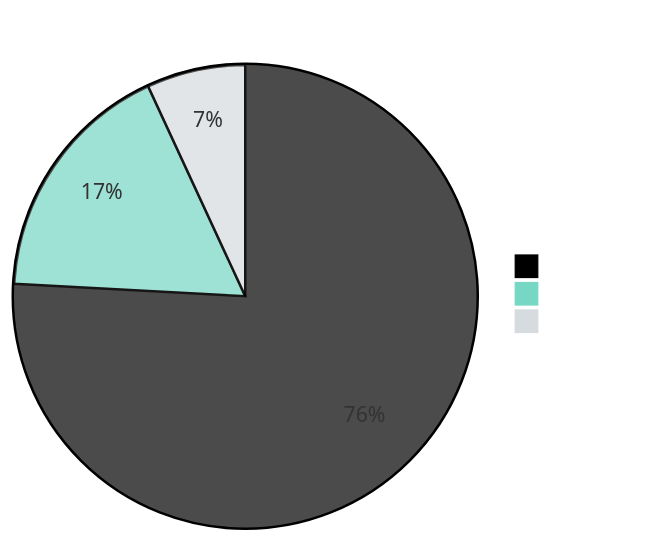
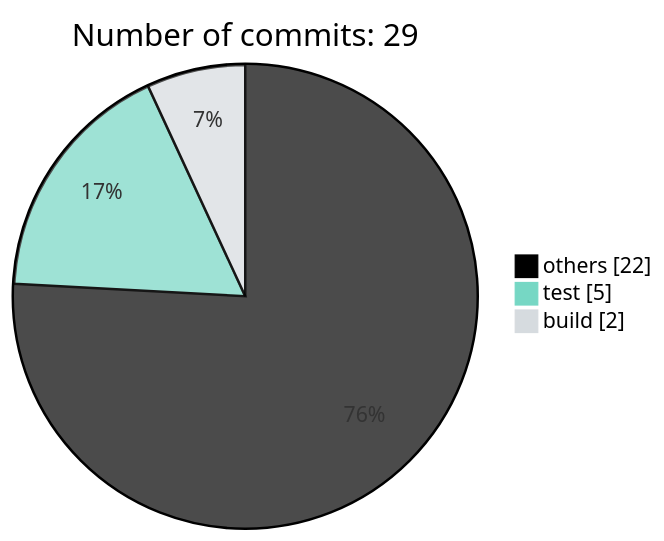
One commit to dmrioja/shodo changed the first of 3 diagrams in examples/node/v21.7.1_SHODO.md. Above: the diagram before and after it, drawn with Mermaid. The commit also changed 13 other files, not shown here.

````diff
--- a/examples/node/v21.7.1_SHODO.md
+++ b/examples/node/v21.7.1_SHODO.md
@@ -2,9 +2,9 @@
 ``` mermaid
-%%{init:{'theme':'base','themeVariables':{'pieTitleTextColor': '#fff','pieLegendTextColor': '#fff',
+%%{init:{'themeVariables':{
 'pie1':'#000000','pie2':'#76d7c4','pie3':'#d6dbdf'
 }}}%%
 pie showData title Number of commits: 29
 "others": 22
 "test": 5
 "build": 2
 ```
````
